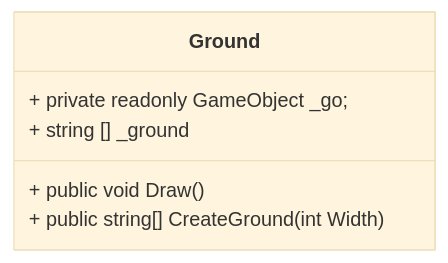
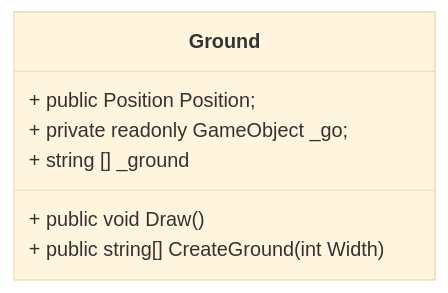
One commit to NexusWeave/MVP-FlappyBird-cs changed the eighth of 9 diagrams in dokumentasjon/diagram/klasse-diagram.md. Above: the diagram before and after it, drawn with Mermaid (base theme). The commit also changed other lines of this file, not shown here.

Commit message:
Fix formatting and consistency issues in klasse-diagram.md

````diff
--- a/dokumentasjon/diagram/klasse-diagram.md
+++ b/dokumentasjon/diagram/klasse-diagram.md
@@ -111,12 +117,13 @@
 ```mermaid
     classDiagram
         direction TD
         class Ground {
+            + public Position Position;
             + private readonly GameObject _go;
 
             + string [] _ground
     
             + public void Draw()
             + public string[] CreateGround(int Width)
         }
 ```
````
